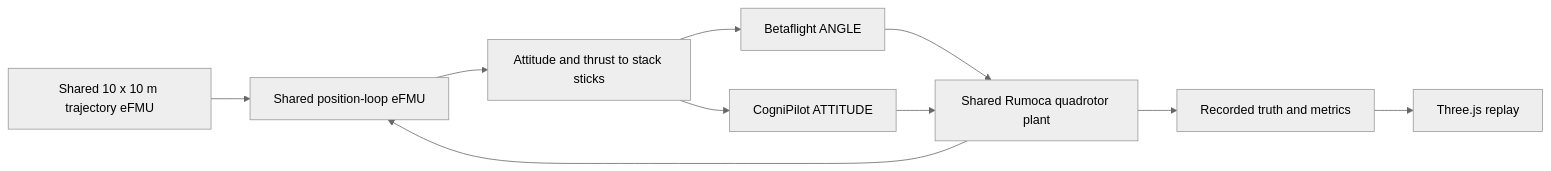
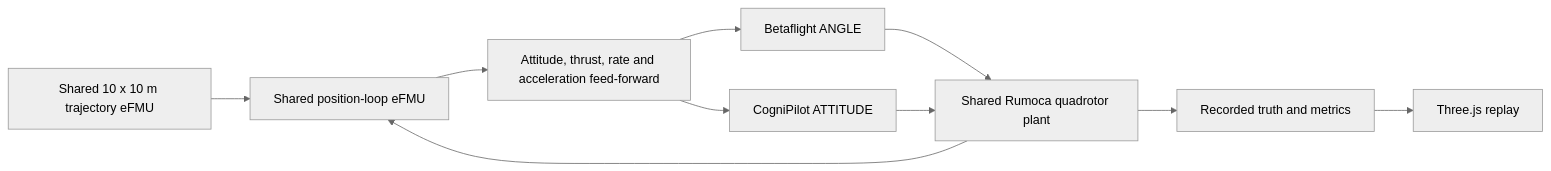
Before and after one commit to An1Sura/PURT-UAS_Autonomous_Drone_Racing_Workspace: the diagram in README.md, drawn with Mermaid (neutral theme). The commit also changed other lines of this file and 85 other files, not shown here.

First line of the commit message:
Implement shared feed-forward SIL and publish measured two-stack campaigns

````diff
--- a/README.md
+++ b/README.md
@@ -17,12 +17,12 @@
 ```mermaid
 flowchart LR
     T[Shared 10 x 10 m trajectory eFMU] --> C[Shared position-loop eFMU]
     P[Shared Rumoca quadrotor plant] --> C
-    C --> A[Attitude and thrust to stack sticks]
+    C --> A[Attitude, thrust, rate and acceleration feed-forward]
     A --> BF[Betaflight ANGLE]
     A --> CG[CogniPilot ATTITUDE]
     BF --> P
     CG --> P
     P --> L[Recorded truth and metrics]
     L --> V[Three.js replay]
 ```
````
